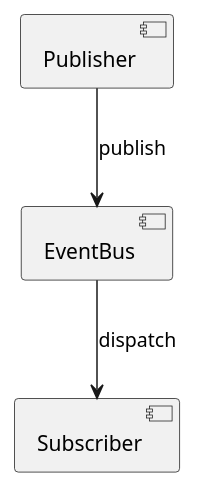
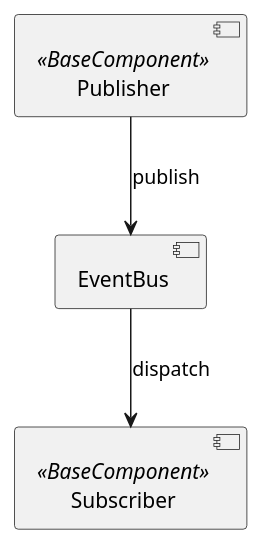
The diagram in docs/architecture/event_bus.puml (WSG23/yosai_intel_dashboard_fresh), drawn with PlantUML before and after one commit. The commit also changed 12 other files, not shown here.

Commit message:
Add migration guidance, ADR updates, UML diagrams and tests for core components

```diff
--- a/docs/architecture/event_bus.puml
+++ b/docs/architecture/event_bus.puml
@@ -1,7 +1,7 @@
 @startuml
-component Publisher
-component Subscriber
+component Publisher <<BaseComponent>>
+component Subscriber <<BaseComponent>>
 component EventBus
 Publisher --> EventBus : publish
 EventBus --> Subscriber : dispatch
 @enduml
```
